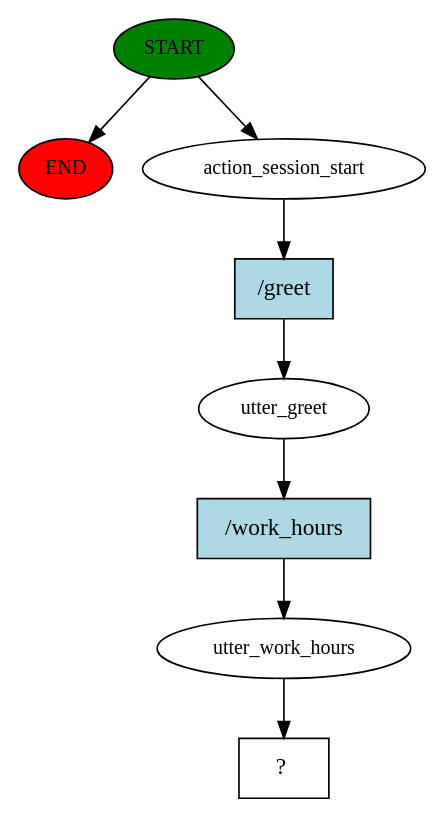
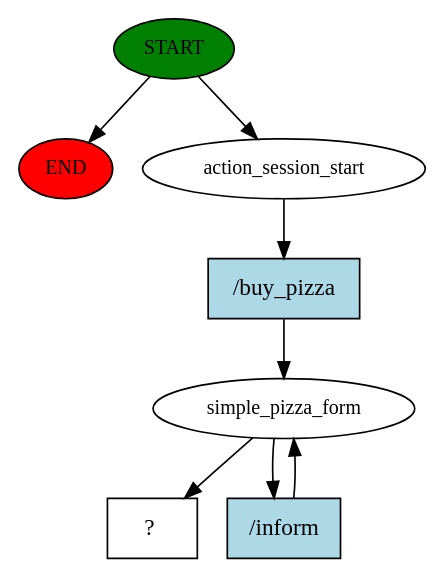
One commit to pawel22222/project-test changed the diagram in story_graph.dot. Above: the diagram before and after it, drawn with Graphviz. The commit also changed 5 other files, not shown here.

Commit message:
feat: simple form order a pizza issue: form not going to next step

```diff
--- a/story_graph.dot
+++ b/story_graph.dot
@@ -1,17 +1,16 @@
 digraph  {
 0 [class="start active", fillcolor=green, fontsize=12, label=START, style=filled];
 "-1" [class=end, fillcolor=red, fontsize=12, label=END, style=filled];
 1 [class=active, fontsize=12, label=action_session_start];
-2 [class=active, fontsize=12, label=utter_greet];
-3 [class=active, fontsize=12, label=utter_work_hours];
-4 [class="intent dashed active", label="  ?  ", shape=rect];
-5 [class="intent active", fillcolor=lightblue, label="/greet", shape=rect, style=filled];
-6 [class="intent active", fillcolor=lightblue, label="/work_hours", shape=rect, style=filled];
+2 [class=active, fontsize=12, label=simple_pizza_form];
+6 [class="intent dashed active", label="  ?  ", shape=rect];
+7 [class="intent active", fillcolor=lightblue, label="/buy_pizza", shape=rect, style=filled];
+8 [class="intent active", fillcolor=lightblue, label="/inform", shape=rect, style=filled];
 0 -> "-1"  [class="", key=NONE, label=""];
 0 -> 1  [class=active, key=NONE, label=""];
-1 -> 5  [class=active, key=0];
-2 -> 6  [class=active, key=0];
-3 -> 4  [class=active, key=NONE, label=""];
-5 -> 2  [class=active, key=0];
-6 -> 3  [class=active, key=0];
+1 -> 7  [class=active, key=0];
+2 -> 6  [class=active, key=NONE, label=""];
+2 -> 8  [class=active, key=0];
+7 -> 2  [class=active, key=0];
+8 -> 2  [class=active, key=0];
 }
```
